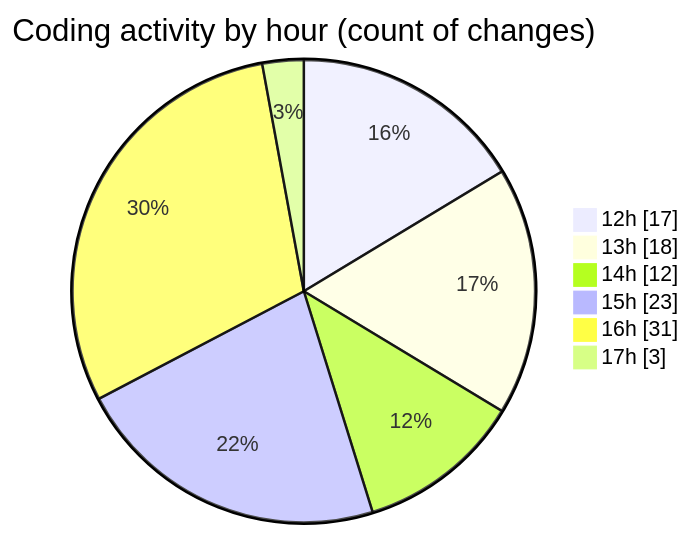
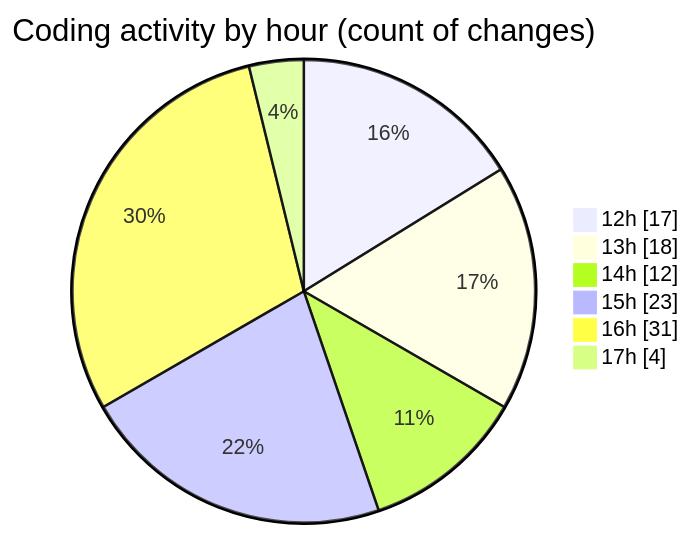
Before and after one commit to CELIANVF/code-tracking: the second of 2 diagrams in 2025-06-01/video_app/README.md, drawn with Mermaid. The commit also changed other lines of this file and 1 other file, not shown here.

````diff
--- a/2025-06-01/video_app/README.md
+++ b/2025-06-01/video_app/README.md
@@ -38,10 +38,10 @@
 ```mermaid
 pie showData
 title Coding activity by hour (count of changes)
 "12h" : 17
 "13h" : 18
 "14h" : 12
 "15h" : 23
 "16h" : 31
-"17h" : 3
+"17h" : 4
 ```
````
